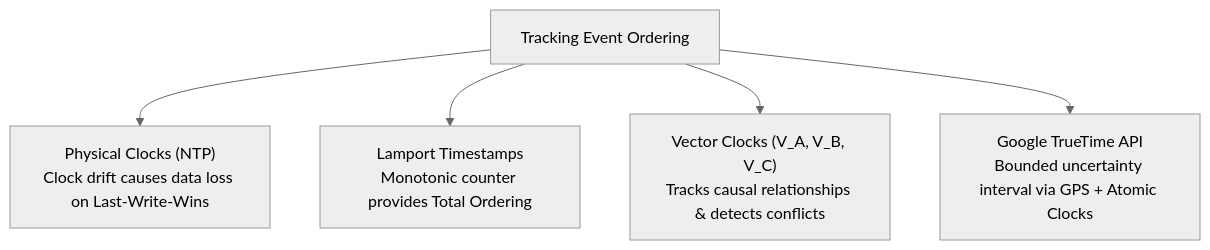
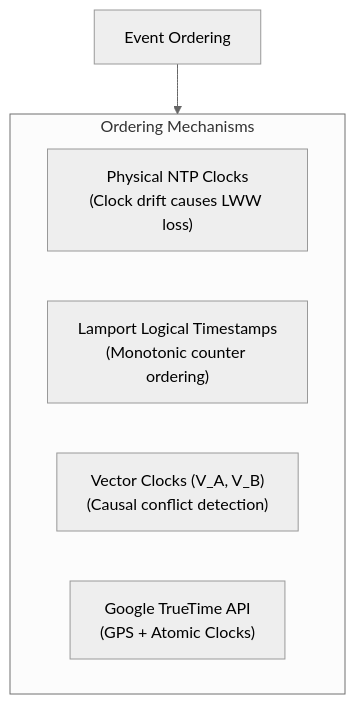
One commit to Sourav108/strivers-lld changed the fourth of 4 diagrams in strivers-hld/10-Distributed-Systems/README.md. Above: the diagram before and after it, drawn with Mermaid (neutral theme). The commit also changed other lines of this file and 39 other files, not shown here.

Commit message:
fix(mermaid): wrap node labels, simplify diamonds, and reformat wide diagrams for perfect GitHub rendering

````diff
--- a/strivers-hld/10-Distributed-Systems/README.md
+++ b/strivers-hld/10-Distributed-Systems/README.md
@@ -85,7 +85,13 @@
 ```mermaid
 flowchart TD
-    TimeOrder["Tracking Event Ordering"] --> NTP["Physical Clocks (NTP)<br/>Clock drift causes data loss on Last-Write-Wins"]
-    TimeOrder --> Lamport["Lamport Timestamps<br/>Monotonic counter provides Total Ordering"]
-    TimeOrder --> Vector["Vector Clocks (V_A, V_B, V_C)<br/>Tracks causal relationships & detects conflicts"]
-    TimeOrder --> TrueTime["Google TrueTime API<br/>Bounded uncertainty interval via GPS + Atomic Clocks"]
+    TimeOrder["Event Ordering"]
+    
+    subgraph OrderingMechanisms["Ordering Mechanisms"]
+        NTP["Physical NTP Clocks<br/>(Clock drift causes LWW loss)"]
+        Lamport["Lamport Logical Timestamps<br/>(Monotonic counter ordering)"]
+        Vector["Vector Clocks (V_A, V_B)<br/>(Causal conflict detection)"]
+        TrueTime["Google TrueTime API<br/>(GPS + Atomic Clocks)"]
+    end
+
+    TimeOrder --> OrderingMechanisms
 ```
````
